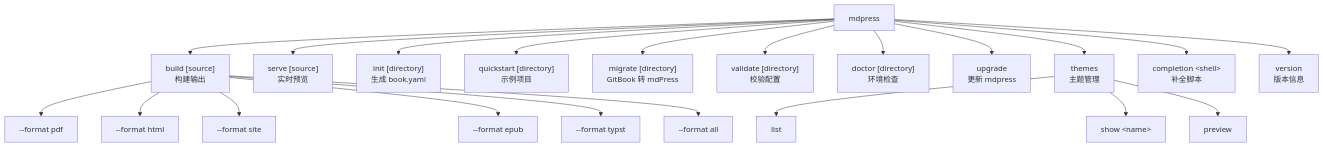
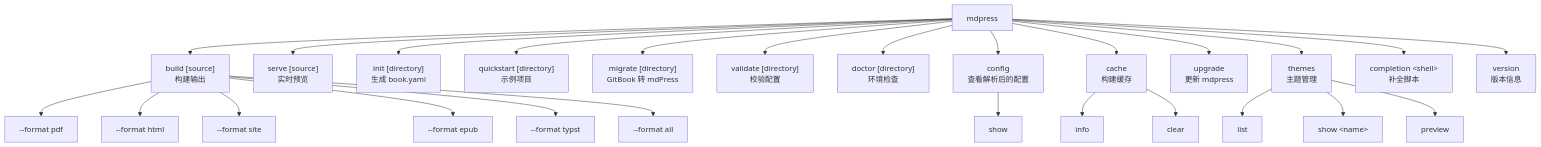
One commit to yeasy/mdPress changed the diagram in docs/COMMANDS_zh.md. Above: the diagram before and after it, drawn with Mermaid. The commit also changed other lines of this file and 34 other files, not shown here.

````diff
--- a/docs/COMMANDS_zh.md
+++ b/docs/COMMANDS_zh.md
@@ -9,27 +9,33 @@
 ```mermaid
 flowchart TD
     root["mdpress"]
 
     root --> build["build [source]<br/>构建输出"]
     root --> serve["serve [source]<br/>实时预览"]
     root --> init["init [directory]<br/>生成 book.yaml"]
     root --> quickstart["quickstart [directory]<br/>示例项目"]
     root --> migrate["migrate [directory]<br/>GitBook 转 mdPress"]
     root --> validate["validate [directory]<br/>校验配置"]
     root --> doctor["doctor [directory]<br/>环境检查"]
+    root --> config["config<br/>查看解析后的配置"]
+    root --> cache["cache<br/>构建缓存"]
     root --> upgrade["upgrade<br/>更新 mdpress"]
     root --> themes["themes<br/>主题管理"]
     root --> completion["completion &lt;shell&gt;<br/>补全脚本"]
     root --> version["version<br/>版本信息"]
 
     themes --> list["list"]
     themes --> show["show &lt;name&gt;"]
     themes --> preview["preview"]
 
+    config --> configshow["show"]
+    cache --> cacheinfo["info"]
+    cache --> cacheclear["clear"]
+
     build --> pdf["--format pdf"]
     build --> html["--format html"]
     build --> site["--format site"]
     build --> epub["--format epub"]
     build --> typst["--format typst"]
     build --> all["--format all"]
 ```
````
